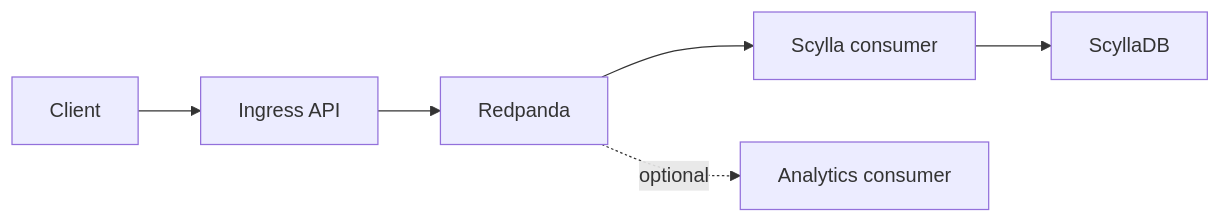
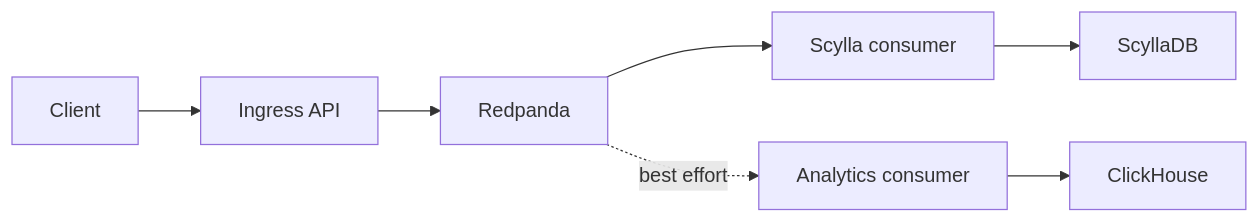
One commit to settorka/data-eng-monorepo changed the fourth of 8 diagrams in event-ingestion-pipeline/v1/README.md. Above: the diagram before and after it, drawn with Mermaid. The commit also changed other lines of this file and 1 other file, not shown here.

````diff
--- a/event-ingestion-pipeline/v1/README.md
+++ b/event-ingestion-pipeline/v1/README.md
@@ -238,8 +297,9 @@
 ```mermaid
 flowchart LR
     Client["Client"] --> API["Ingress API"]
     API --> Topic["Redpanda"]
     Topic --> Consumer["Scylla consumer"]
     Consumer --> Scylla["ScyllaDB"]
-    Topic -.optional.-> Analytics["Analytics consumer"]
+    Topic -.best effort.-> Analytics["Analytics consumer"]
+    Analytics --> ClickHouse["ClickHouse"]
 ```
````
